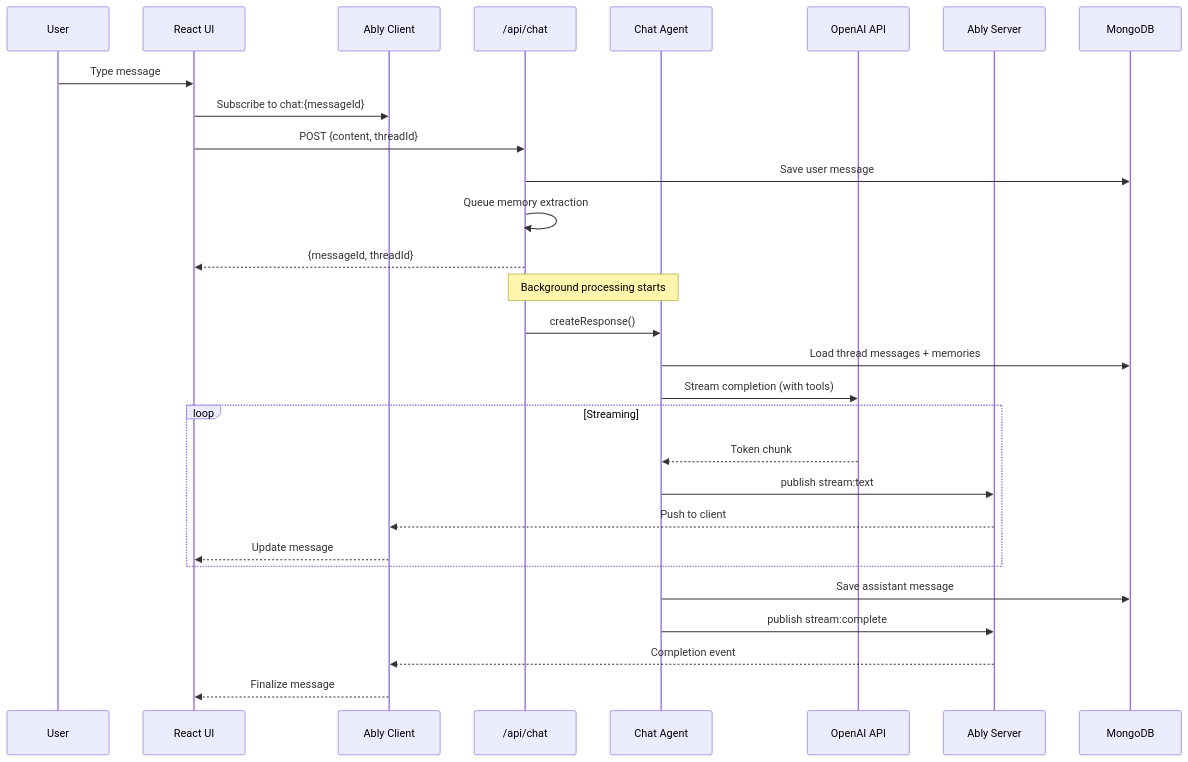
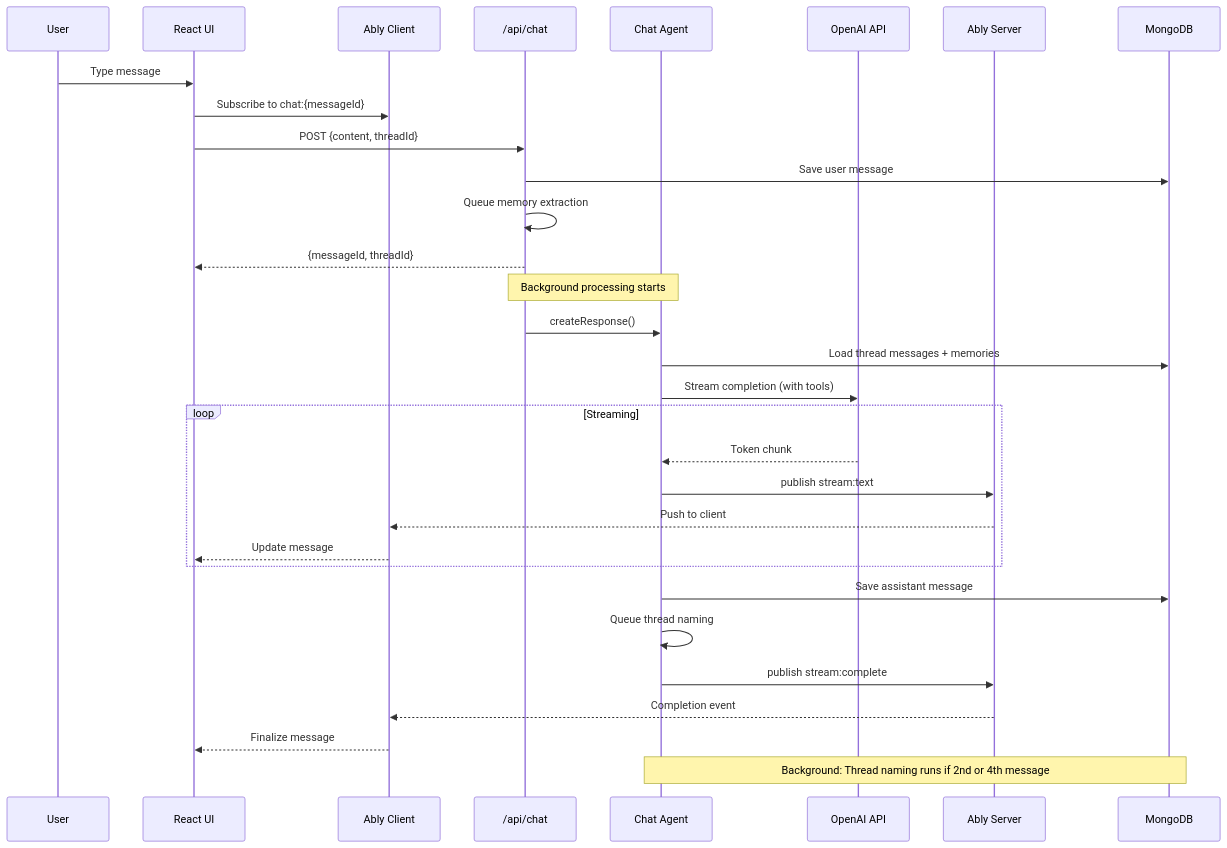
The third of 11 diagrams in docs/ARCHITECTURE.md (korostelevm/teacher-app), drawn with Mermaid before and after one commit. The commit also changed other lines of this file and 9 other files, not shown here.

Commit message:
Enhance documentation and chat functionality by adding a live demo link to README, introducing a new Thread Namer Agent in the architecture, and implementing a background worker for automatic thread title generation. Update chat component to include a home button for better navigation.

````diff
--- a/docs/ARCHITECTURE.md
+++ b/docs/ARCHITECTURE.md
@@ -80,36 +84,39 @@
 ```mermaid
 sequenceDiagram
     participant U as User
     participant UI as React UI
     participant Ably as Ably Client
     participant API as /api/chat
     participant Agent as Chat Agent
     participant OpenAI as OpenAI API
     participant AblyS as Ably Server
     participant DB as MongoDB
 
     U->>UI: Type message
     UI->>Ably: Subscribe to chat:{messageId}
     UI->>API: POST {content, threadId}
     API->>DB: Save user message
     API->>API: Queue memory extraction
     API-->>UI: {messageId, threadId}
     
     Note over API,Agent: Background processing starts
     
     API->>Agent: createResponse()
     Agent->>DB: Load thread messages + memories
     Agent->>OpenAI: Stream completion (with tools)
     
     loop Streaming
         OpenAI-->>Agent: Token chunk
         Agent->>AblyS: publish stream:text
         AblyS-->>Ably: Push to client
         Ably-->>UI: Update message
     end
     
     Agent->>DB: Save assistant message
+    Agent->>Agent: Queue thread naming
     Agent->>AblyS: publish stream:complete
     AblyS-->>Ably: Completion event
     Ably-->>UI: Finalize message
+    
+    Note over Agent,DB: Background: Thread naming runs if 2nd or 4th message
 ```
````
